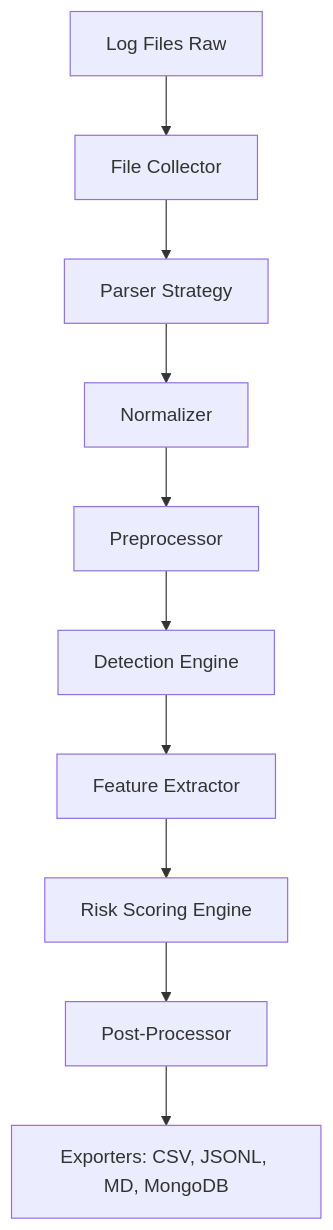
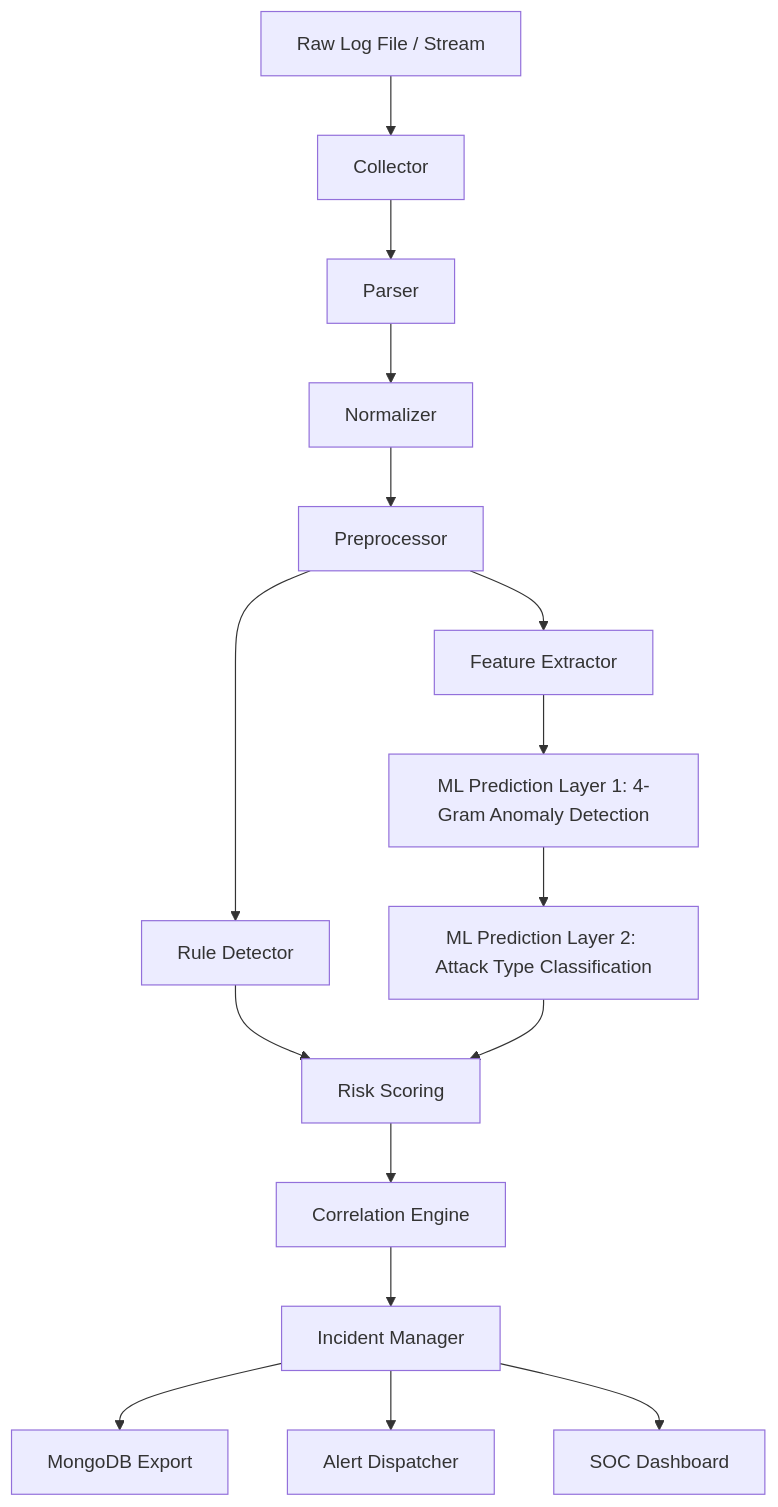
The diagram in README.md (thanh094118/hackathon), drawn with Mermaid before and after one commit. The commit also changed other lines of this file and 10 other files, not shown here.

````diff
--- a/README.md
+++ b/README.md
@@ -39,12 +118,18 @@
 ```mermaid
 graph TD
-    A[Log Files Raw] --> B[File Collector]
-    B --> C[Parser Strategy]
+    A[Raw Log File / Stream] --> B[Collector]
+    B --> C[Parser]
     C --> D[Normalizer]
     D --> E[Preprocessor]
-    E --> F[Detection Engine]
-    F --> G[Feature Extractor]
-    G --> H[Risk Scoring Engine]
-    H --> I[Post-Processor]
-    I --> J[Exporters: CSV, JSONL, MD, MongoDB]
+    E --> F[Rule Detector]
+    E --> G[Feature Extractor]
+    G --> H[ML Prediction Layer 1: 4-Gram Anomaly Detection]
+    H --> I[ML Prediction Layer 2: Attack Type Classification]
+    F --> J[Risk Scoring]
+    I --> J
+    J --> K[Correlation Engine]
+    K --> L[Incident Manager]
+    L --> M[MongoDB Export]
+    L --> N[Alert Dispatcher]
+    L --> O[SOC Dashboard]
 ```
````
